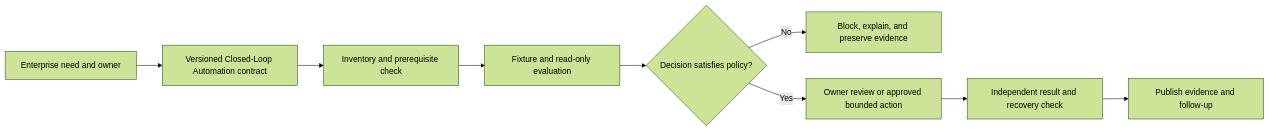
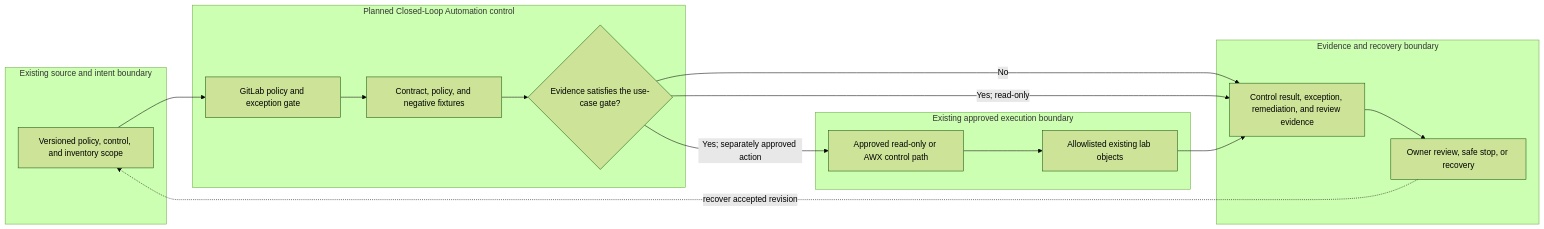
Before and after one commit to MIDHTECH/enterprise-architecture-docs: the diagram in docs/use-cases/governance/UC-GOV-014-closed-loop-automation.md, drawn with Mermaid (forest theme). The commit also changed other lines of this file and 227 other files, not shown here.

Commit message:
Deepen architecture for all use case designs

````diff
--- a/docs/use-cases/governance/UC-GOV-014-closed-loop-automation.md
+++ b/docs/use-cases/governance/UC-GOV-014-closed-loop-automation.md
@@ -136,11 +129,25 @@
 ```mermaid
 flowchart LR
-    Need["Enterprise need and owner"] --> Contract["Versioned Closed-Loop Automation contract"]
-    Contract --> Preflight["Inventory and prerequisite check"]
-    Preflight --> Evaluate["Fixture and read-only evaluation"]
-    Evaluate --> Decision{"Decision satisfies policy?"}
-    Decision -->|No| Stop["Block, explain, and preserve evidence"]
-    Decision -->|Yes| Review["Owner review or approved bounded action"]
-    Review --> Verify["Independent result and recovery check"]
-    Verify --> Publish["Publish evidence and follow-up"]
+    subgraph Source["Existing source and intent boundary"]
+        A["Versioned policy, control, and inventory scope"]
+    end
+    subgraph Planned["Planned Closed-Loop Automation control"]
+        B["GitLab policy and exception gate"]
+        C["Contract, policy, and negative fixtures"]
+        D{"Evidence satisfies the use-case gate?"}
+    end
+    subgraph Runtime["Existing approved execution boundary"]
+        E["Approved read-only or AWX control path"]
+        F["Allowlisted existing lab objects"]
+    end
+    subgraph Assurance["Evidence and recovery boundary"]
+        G["Control result, exception, remediation, and review evidence"]
+        H["Owner review, safe stop, or recovery"]
+    end
+
+    A --> B --> C --> D
+    D -->|No| G --> H
+    D -->|Yes; read-only| G
+    D -->|Yes; separately approved action| E --> F --> G
+    H -. recover accepted revision .-> A
 ```
````
